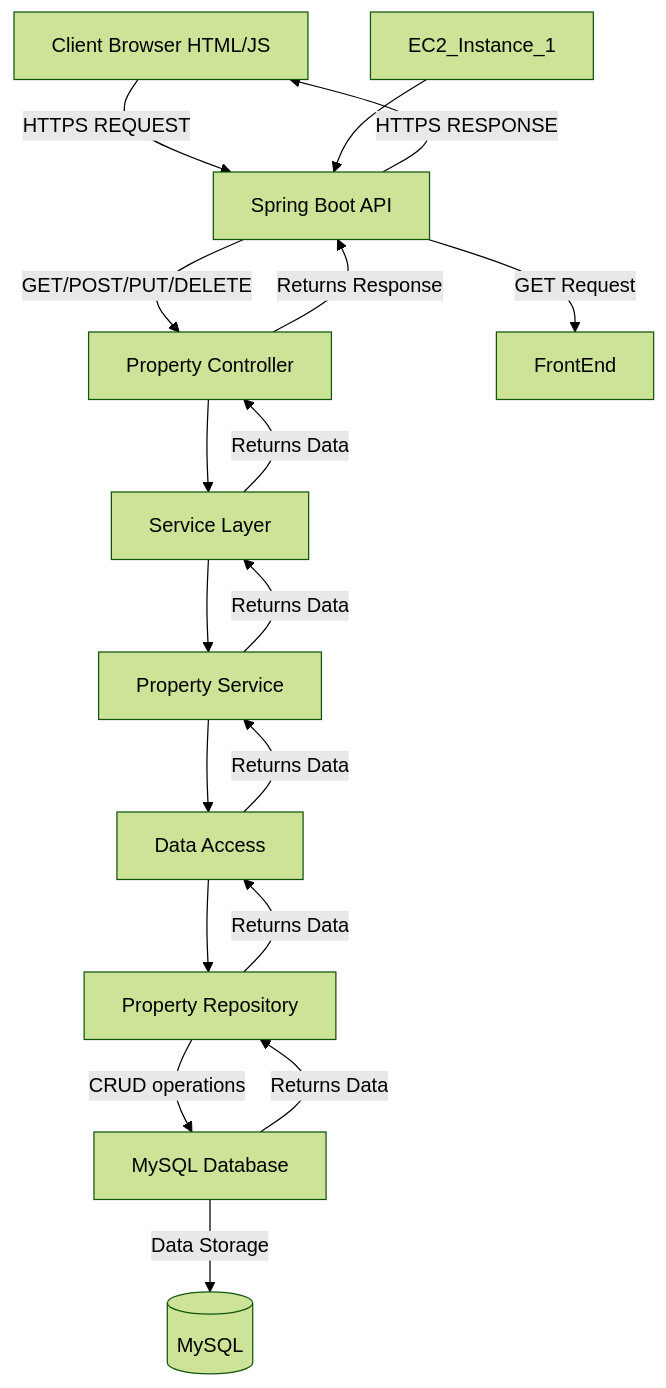
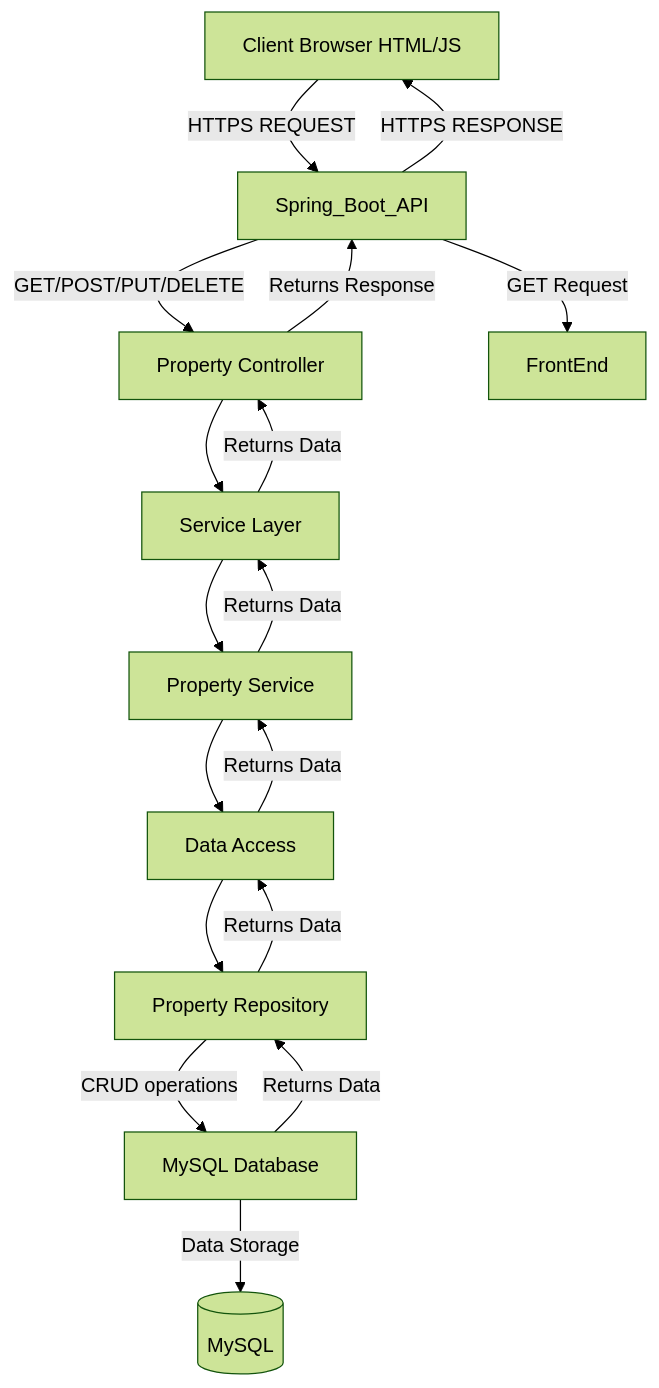
One commit to CamiloMurcia28/AREP-LAB06 changed the first of 2 diagrams in README.md. Above: the diagram before and after it, drawn with Mermaid (forest theme).

````diff
--- a/README.md
+++ b/README.md
@@ -74,21 +74,20 @@
 ```mermaid
 graph TD
     Client_Browser[Client Browser HTML/JS] -->|HTTPS REQUEST| Spring_Boot_API[Spring_Boot_API]
     Spring_Boot_API[Spring_Boot_API] -->|HTTPS RESPONSE| Client_Browser[Client Browser HTML/JS]
-    EC2_Instance_1 --> Spring_Boot_API[Spring Boot API]
     Spring_Boot_API --> |GET/POST/PUT/DELETE|Property_Controller[Property Controller]
     Spring_Boot_API --> |GET Request| FrontEnd[FrontEnd]
     Property_Controller --> Service_Layer[Service Layer]
     Service_Layer --> Property_Service[Property Service]
     Property_Service --> Data_Access[Data Access]
     Data_Access --> Property_Repository[Property Repository]
     Property_Repository --> |CRUD operations| MySQL[MySQL Database]
     MySQL -->|Data Storage| MySQL_DB[(MySQL)]
     MySQL[MySQL Database] --> |Returns Data| Property_Repository
     Property_Repository --> |Returns Data| Data_Access
     Data_Access --> |Returns Data| Property_Service
     Property_Service --> |Returns Data| Service_Layer
     Service_Layer --> |Returns Data| Property_Controller
     Property_Controller --> |Returns Response| Spring_Boot_API
 
 ```
````
